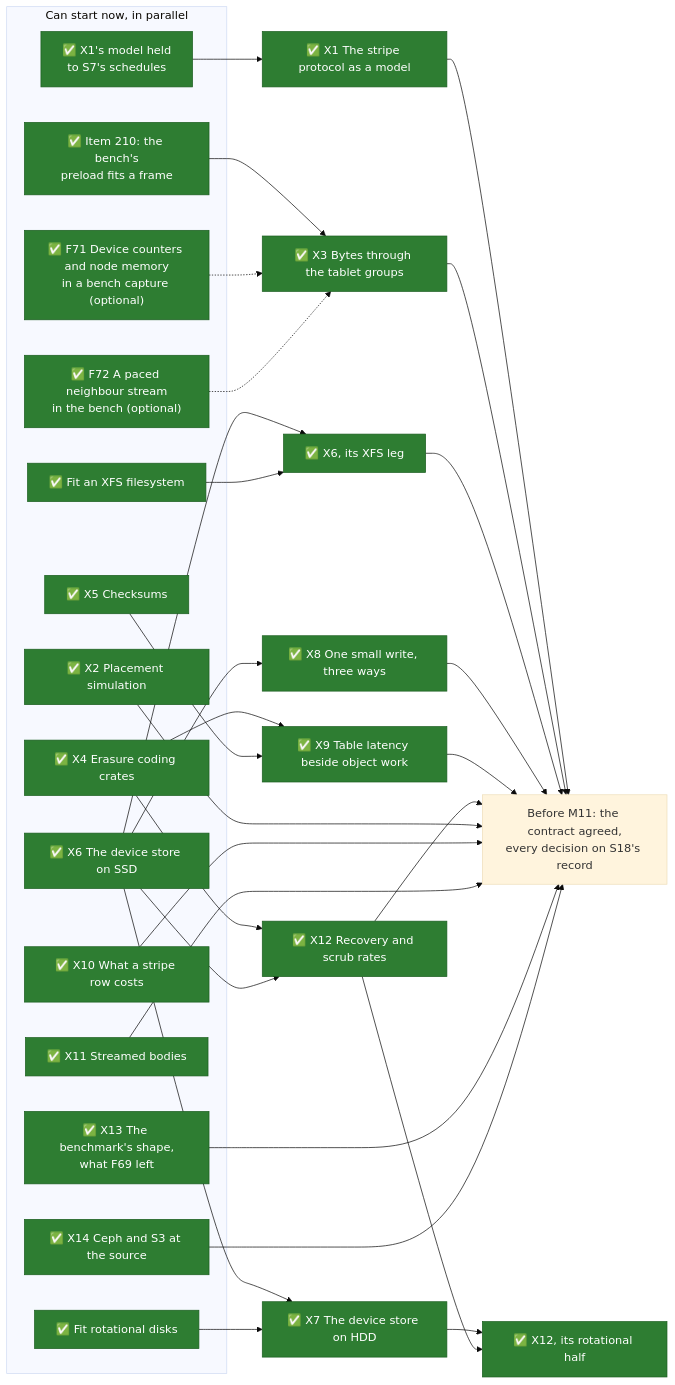
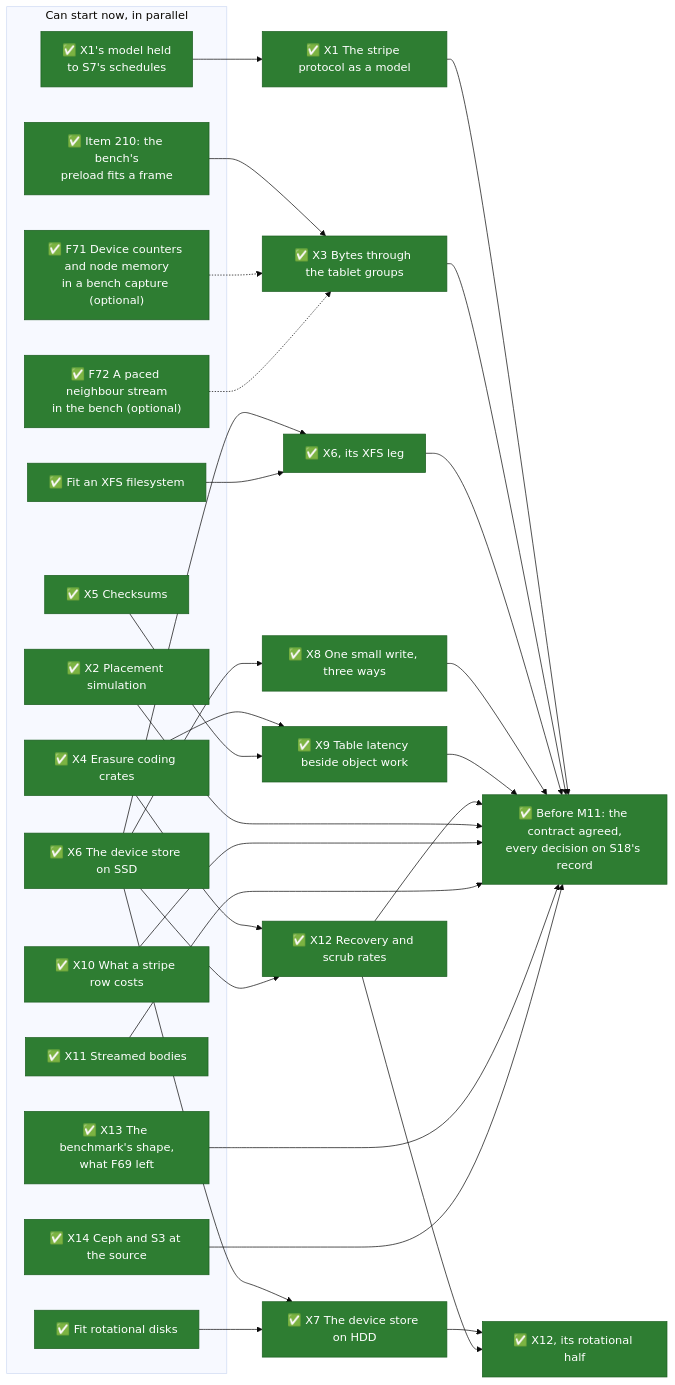
The first of 2 diagrams in docs/src/object-storage/whats-left-todo.md (mjcarson/shoal), drawn with Mermaid (base theme) before and after one commit. The commit also changed other lines of this file and 39 other files, not shown here.

````diff
--- a/docs/src/object-storage/whats-left-todo.md
+++ b/docs/src/object-storage/whats-left-todo.md
@@ -38,56 +42,56 @@
 ```mermaid
 flowchart LR
     classDef done fill:#2e7d32,stroke:#1b5e20,color:#ffffff
     classDef optional stroke-dasharray: 5 5
     subgraph now["Can start now, in parallel"]
         R1["✅ X1's model held<br>to S7's schedules"]:::done
         R2["✅ Item 210: the bench's<br>preload fits a frame"]:::done
         XFS["✅ Fit an XFS filesystem"]:::done
         Disks["✅ Fit rotational disks"]:::done
         X2["✅ X2 Placement simulation"]:::done
         X4["✅ X4 Erasure coding crates"]:::done
         X5["✅ X5 Checksums"]:::done
         X6["✅ X6 The device store on SSD"]:::done
         X10["✅ X10 What a stripe row costs"]:::done
         X11["✅ X11 Streamed bodies"]:::done
         X13["✅ X13 The benchmark's shape,<br>what F69 left"]:::done
         X14["✅ X14 Ceph and S3 at the source"]:::done
         Counters["✅ F71 Device counters and node memory<br>in a bench capture (optional)"]:::done
         Neighbour["✅ F72 A paced neighbour stream<br>in the bench (optional)"]:::done
     end
     X1["✅ X1 The stripe protocol as a model"]:::done
     X3["✅ X3 Bytes through the tablet groups"]:::done
     X6x["✅ X6, its XFS leg"]:::done
     X7["✅ X7 The device store on HDD"]:::done
     X8["✅ X8 One small write, three ways"]:::done
     X9["✅ X9 Table latency beside object work"]:::done
     X12["✅ X12 Recovery and scrub rates"]:::done
     X12r["✅ X12, its rotational half"]:::done
-    Gate["Before M11: the contract agreed,<br>every decision on S18's record"]
+    Gate["✅ Before M11: the contract agreed,<br>every decision on S18's record"]:::done
     R1 --> X1
     R2 --> X3
     X6 --> X6x
     XFS --> X6x
     X6 --> X7
     Disks --> X7
     X6 --> X8
     X4 --> X9
     X5 --> X9
     X4 --> X12
     X6 --> X12
     X7 --> X12r
     X12 --> X12r
     Counters -.-> X3
     Neighbour -.-> X3
     X1 --> Gate
     X3 --> Gate
     X6x --> Gate
     X8 --> Gate
     X9 --> Gate
     X12 --> Gate
     X2 ---> Gate
     X10 ---> Gate
     X11 ---> Gate
     X13 ---> Gate
     X14 ---> Gate
 ```
````
